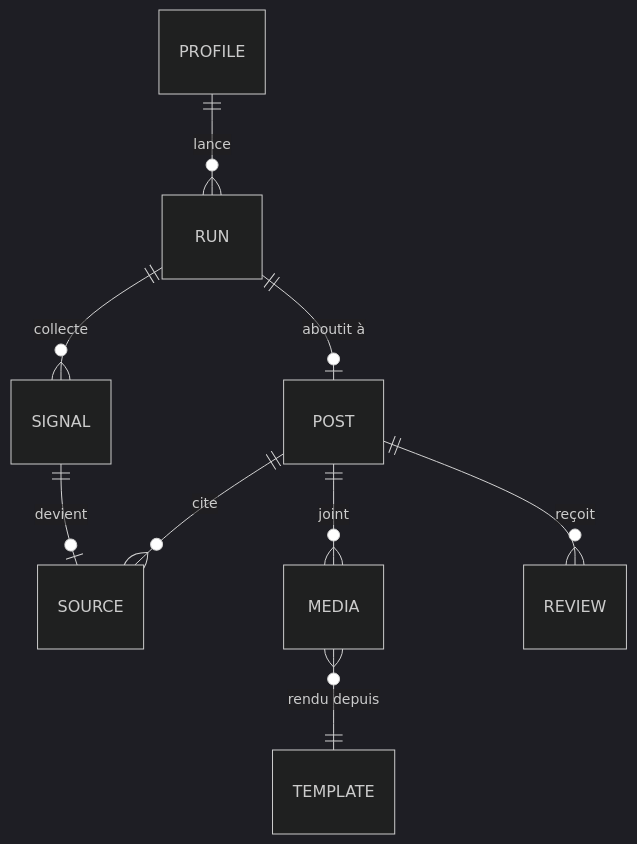
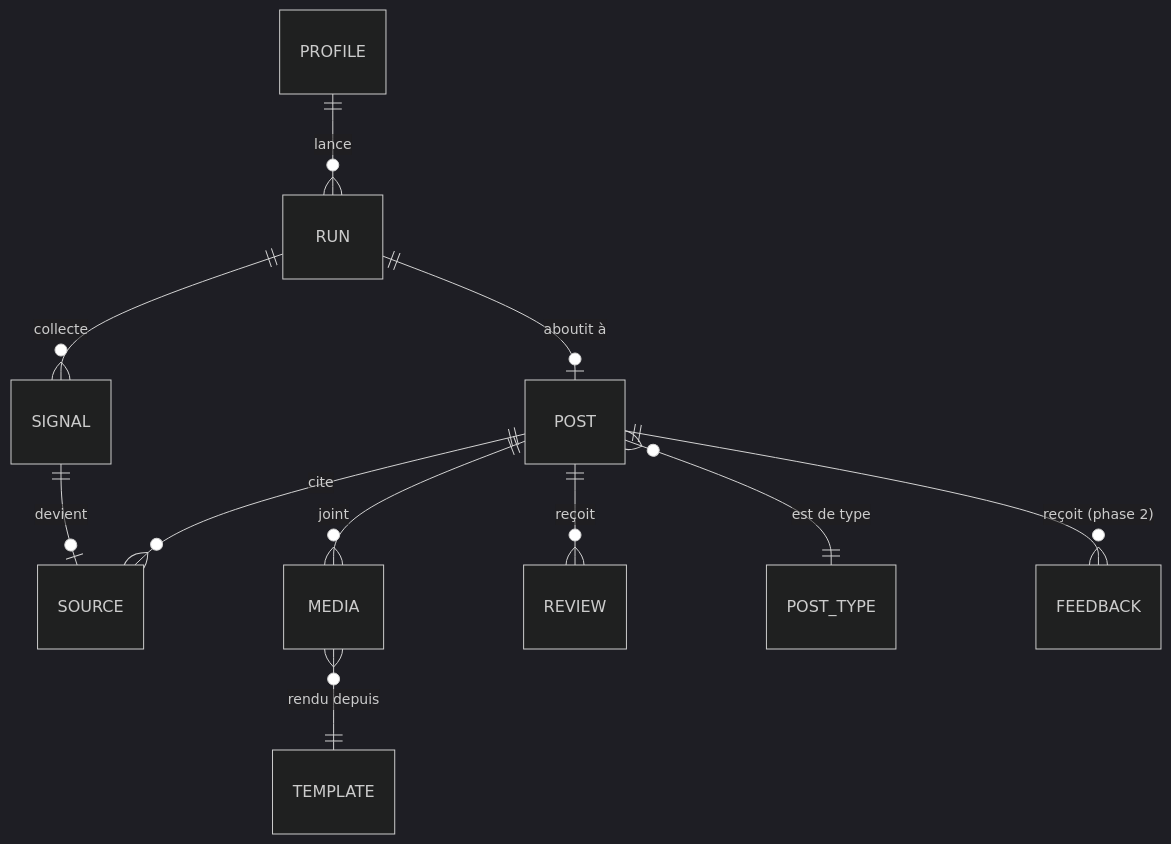
The second of 2 diagrams in docs/architecture-technique.md (yanis-vroland/workflow-editorial-agents), drawn with Mermaid (dark theme) before and after one commit. The commit also changed other lines of this file and 3 other files, not shown here.

````diff
--- a/docs/architecture-technique.md
+++ b/docs/architecture-technique.md
@@ -32,11 +33,13 @@
 ```mermaid
 erDiagram
   PROFILE ||--o{ RUN : "lance"
   RUN ||--o{ SIGNAL : "collecte"
   RUN ||--o| POST : "aboutit à"
   POST ||--o{ SOURCE : "cite"
   SIGNAL ||--o| SOURCE : "devient"
   POST ||--o{ MEDIA : "joint"
   POST ||--o{ REVIEW : "reçoit"
+  POST }o--|| POST_TYPE : "est de type"
+  POST ||--o{ FEEDBACK : "reçoit (phase 2)"
   MEDIA }o--|| TEMPLATE : "rendu depuis"
 ```
````
